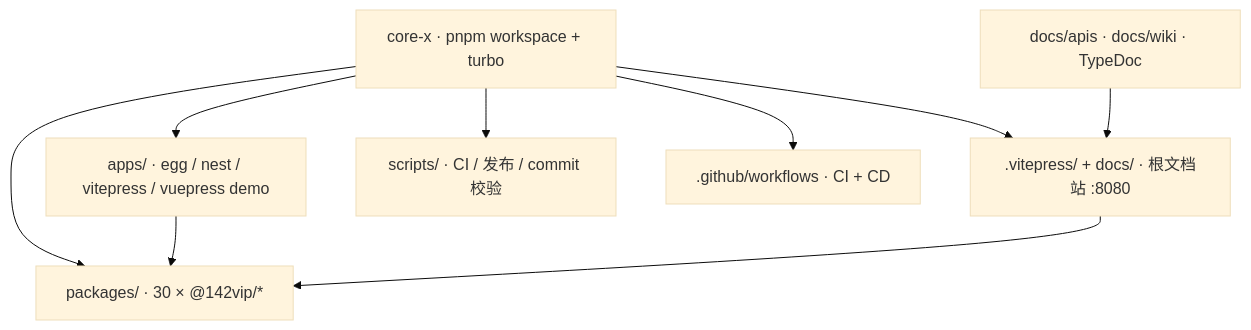
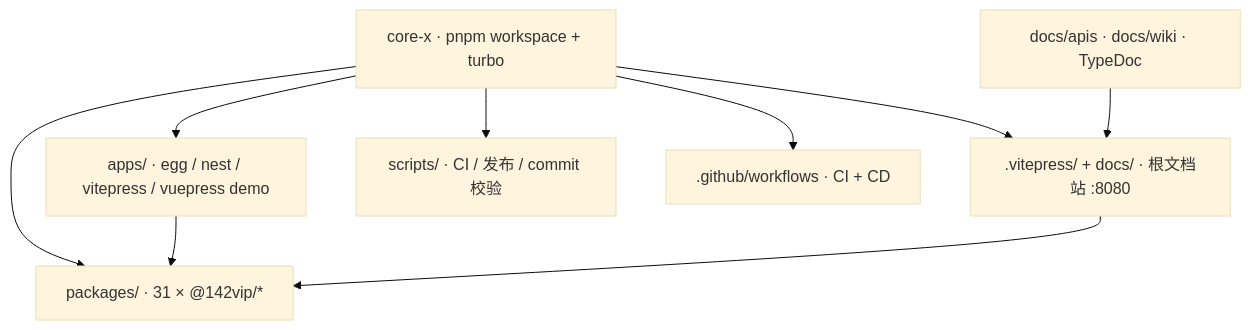
Before and after one commit to 142vip/core-x: the first of 5 diagrams in docs/index.md, drawn with Mermaid (base theme). The commit also changed other lines of this file and 2 other files, not shown here.

Commit message:
docs: 文档站同步 agent-skills 资产与包计数
- 根 README 开源模块补 `@142vip/agent-skills`，包计数 30→31、unbuild 17→18
- `docs/index.md` 首页架构与 Mermaid 计数同步 31 包
- `sidebar.ts` INFRA 组增加 `@142vip/agent-skills`

````diff
--- a/docs/index.md
+++ b/docs/index.md
@@ -38,20 +38,20 @@
 ```mermaid
 flowchart TB
   ROOT["core-x · pnpm workspace + turbo"]
 
-  PKGS["packages/ · 30 × @142vip/*"]
+  PKGS["packages/ · 31 × @142vip/*"]
   APPS["apps/ · egg / nest / vitepress / vuepress demo"]
   VP[".vitepress/ + docs/ · 根文档站 :8080"]
   TDOC["docs/apis · docs/wiki · TypeDoc"]
   SCR["scripts/ · CI / 发布 / commit 校验"]
   GHA[".github/workflows · CI + CD"]
 
   ROOT --> PKGS
   ROOT --> APPS
   ROOT --> VP
   ROOT --> SCR
   ROOT --> GHA
   APPS --> PKGS
   VP --> PKGS
   TDOC --> VP
 ```
````
